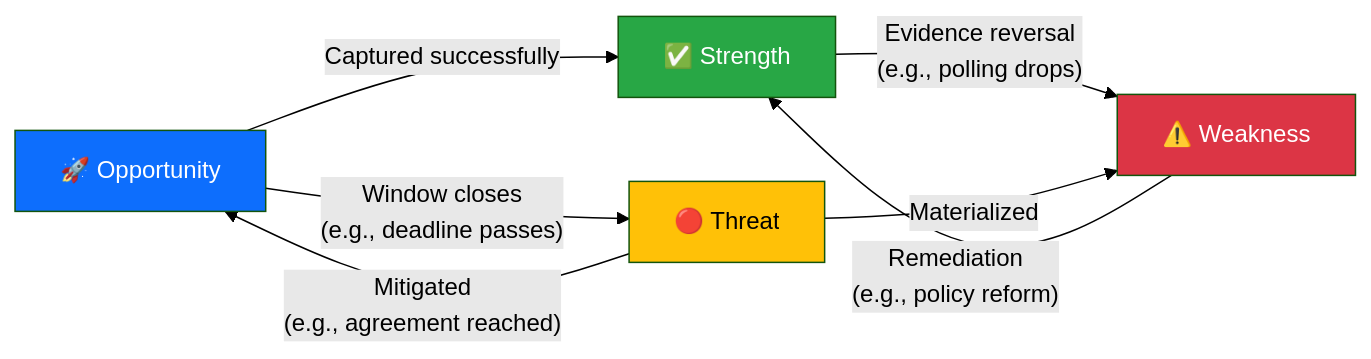
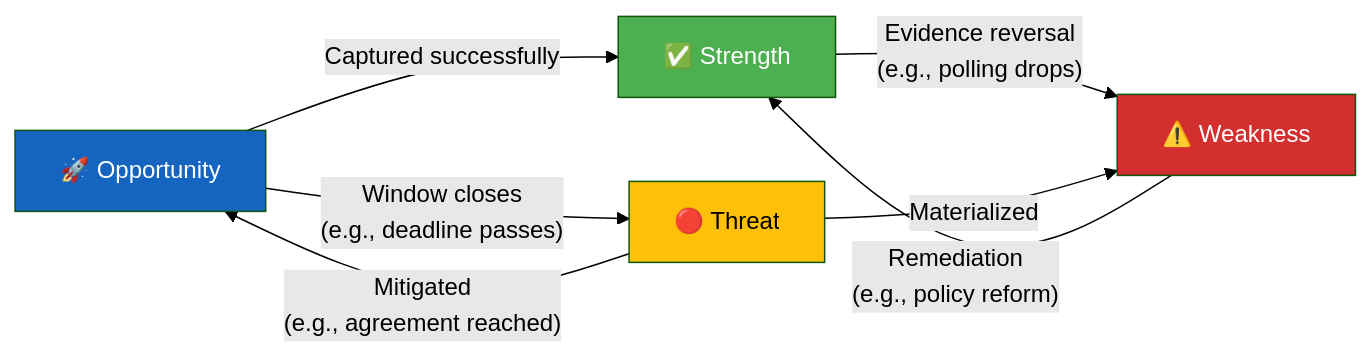
The ninth of 9 diagrams in analysis/methodologies/political-swot-framework.md (Hack23/riksdagsmonitor), drawn with Mermaid (forest theme) before and after one commit. The commit also changed other lines of this file and 14 other files, not shown here.

First line of the commit message:
Align analysis/ mermaid diagrams with ISMS Style Guide palette and convert SWOT to quadrantChart

````diff
--- a/analysis/methodologies/political-swot-framework.md
+++ b/analysis/methodologies/political-swot-framework.md
@@ -688,19 +734,19 @@
 ```mermaid
 graph LR
     S["✅ Strength"]
     W["⚠️ Weakness"]
     O["🚀 Opportunity"]
     T["🔴 Threat"]
 
     S -->|"Evidence reversal<br/>(e.g., polling drops)"| W
     W -->|"Remediation<br/>(e.g., policy reform)"| S
     O -->|"Window closes<br/>(e.g., deadline passes)"| T
     T -->|"Mitigated<br/>(e.g., agreement reached)"| O
     O -->|"Captured successfully"| S
     T -->|"Materialized"| W
 
-    style S fill:#28a745,color:#fff
-    style W fill:#dc3545,color:#fff
-    style O fill:#0d6efd,color:#fff
-    style T fill:#ffc107,color:#000
+    style S fill:#4CAF50,color:#FFFFFF
+    style W fill:#D32F2F,color:#FFFFFF
+    style O fill:#1565C0,color:#FFFFFF
+    style T fill:#FFC107,color:#000000
 ```
````
